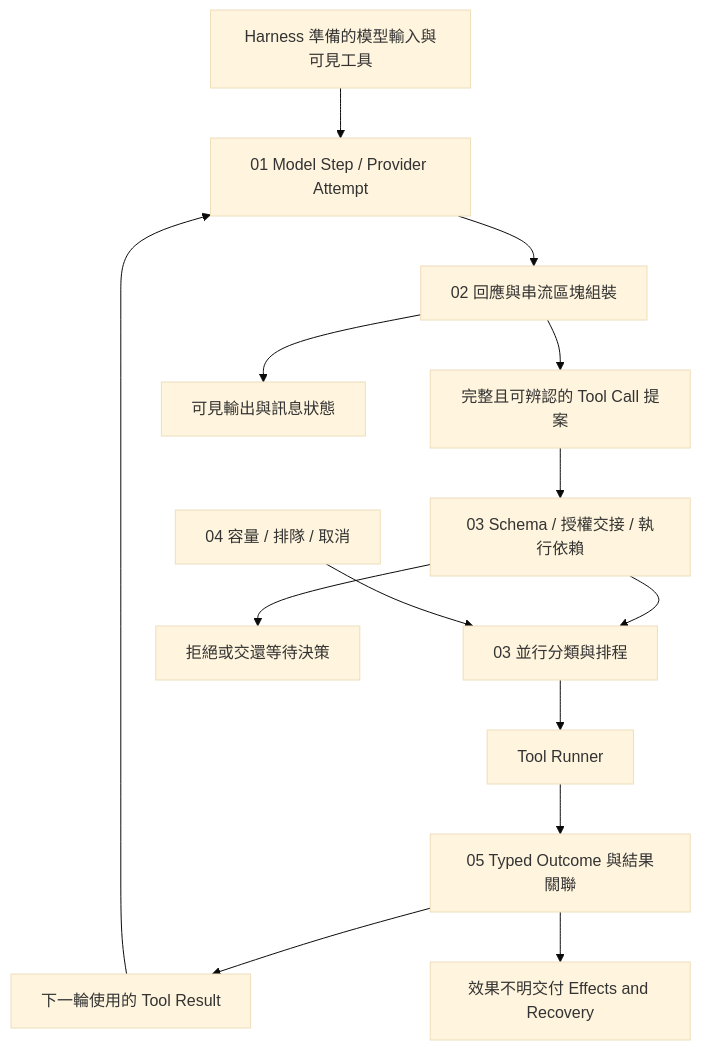
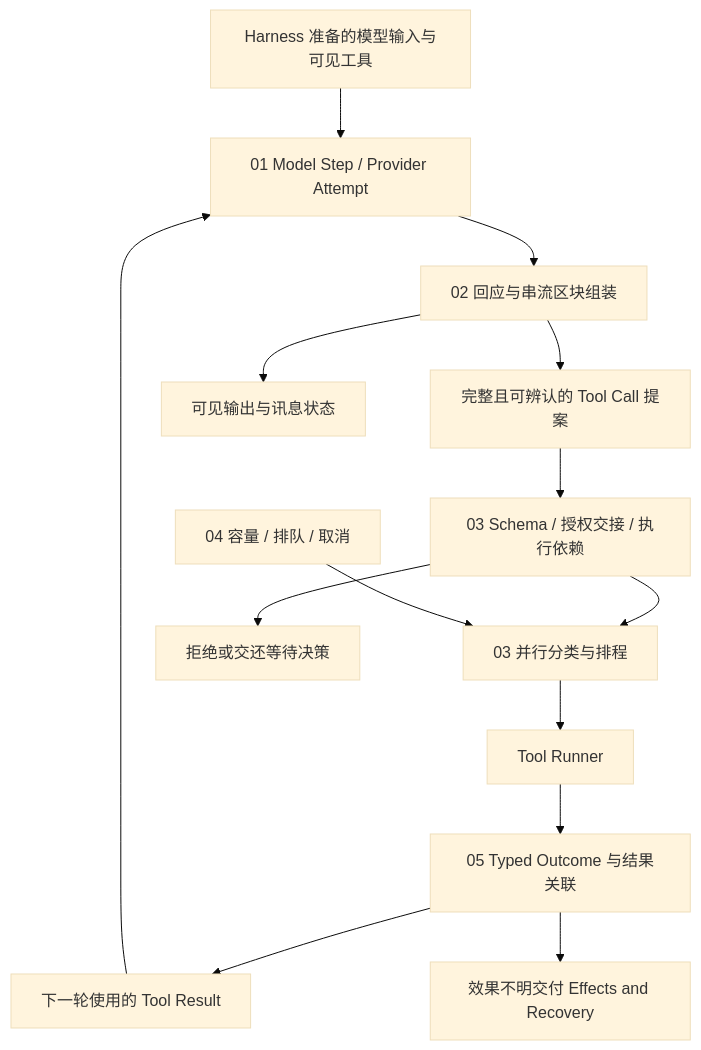
The diagram in agent-runtime/model-and-tool-execution/README-zh-CN.md (HsienW/gun-harness-engineering), drawn with Mermaid (base theme) before and after one commit. The commit also changed other lines of this file and 11 other files, not shown here.

First line of the commit message:
docs(runtime-execution): synchronize guides and diagram explanations

````diff
--- a/agent-runtime/model-and-tool-execution/README-zh-CN.md
+++ b/agent-runtime/model-and-tool-execution/README-zh-CN.md
@@ -30,16 +30,16 @@
 ```mermaid
 flowchart TD
-    Input[Harness 準備的模型輸入與可見工具] --> Model[01 Model Step / Provider Attempt]
-    Model --> Assemble[02 回應與串流區塊組裝]
-    Assemble --> Proposal[完整且可辨認的 Tool Call 提案]
-    Proposal --> Admission[03 Schema / 授權交接 / 執行依賴]
-    Admission --> Schedule[03 並行分類與排程]
-    Capacity[04 容量 / 排隊 / 取消] --> Schedule
+    Input[Harness 准备的模型输入与可见工具] --> Model[01 Model Step / Provider Attempt]
+    Model --> Assemble[02 回应与串流区块组装]
+    Assemble --> Proposal[完整且可辨认的 Tool Call 提案]
+    Proposal --> Admission[03 Schema / 授权交接 / 执行依赖]
+    Admission --> Schedule[03 并行分类与排程]
+    Capacity[04 容量 / 排队 / 取消] --> Schedule
     Schedule --> Runner[Tool Runner]
-    Runner --> Outcome[05 Typed Outcome 與結果關聯]
-    Outcome --> Message[下一輪使用的 Tool Result]
+    Runner --> Outcome[05 Typed Outcome 与结果关联]
+    Outcome --> Message[下一轮使用的 Tool Result]
     Message --> Model
-    Admission --> Stop[拒絕或交還等待決策]
+    Admission --> Stop[拒绝或交还等待决策]
     Outcome --> Recovery[效果不明交付 Effects and Recovery]
-    Assemble --> Output[可見輸出與訊息狀態]
+    Assemble --> Output[可见输出与讯息状态]
 ```
````
